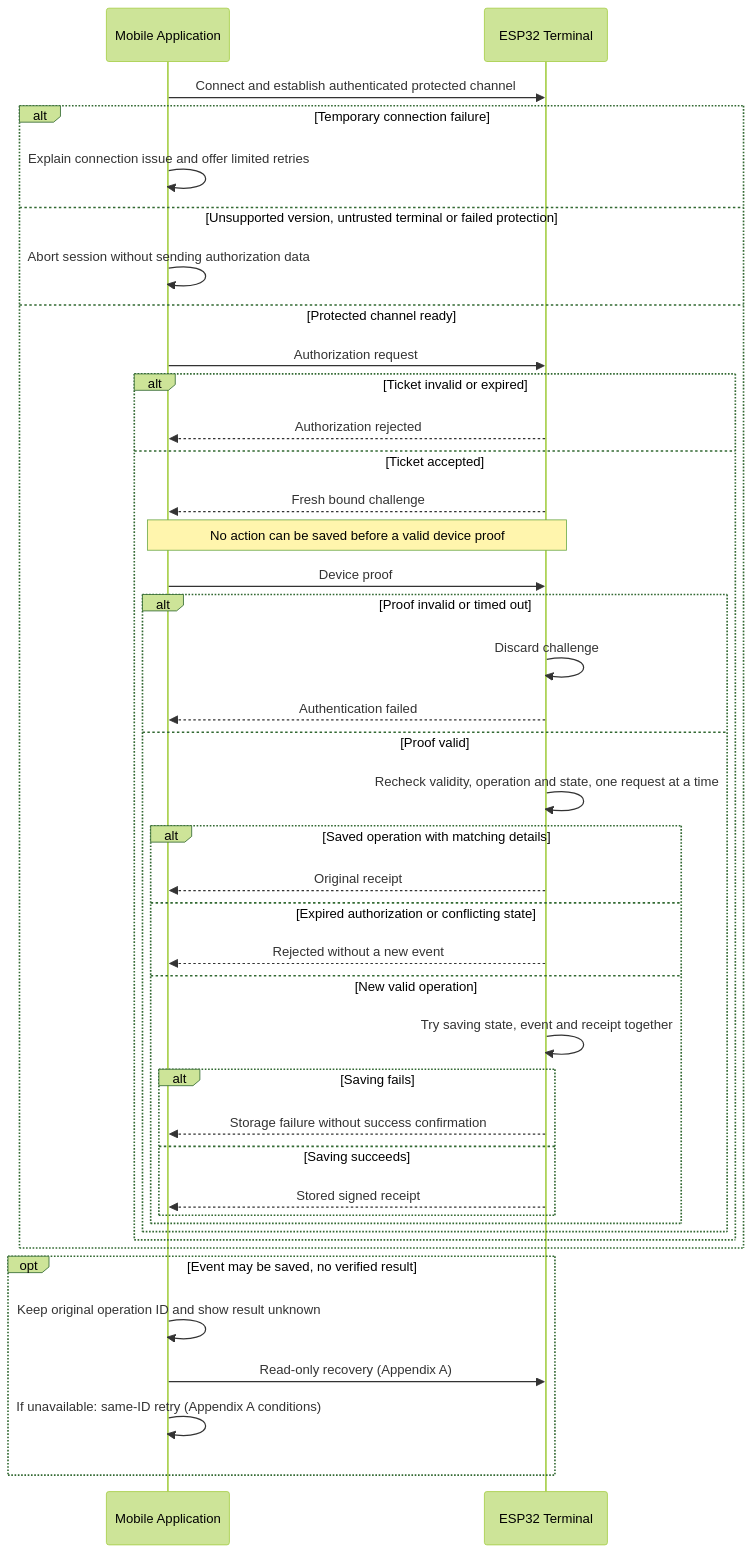
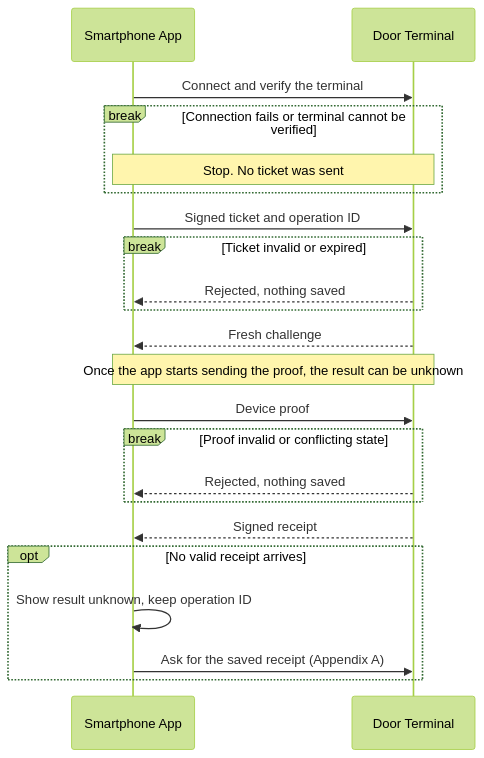
The second of 3 diagrams in docs/ble-communication-flow.md (thomas-sartini/ble-booking-system), drawn with Mermaid (forest theme) before and after one commit. The commit also changed other lines of this file, not shown here.

First line of the commit message:
docs(ble): simplify and align communication flow

````diff
--- a/docs/ble-communication-flow.md
+++ b/docs/ble-communication-flow.md
@@ -120,43 +102,24 @@
 ```mermaid
 sequenceDiagram
-    participant App as Mobile Application
-    participant T as ESP32 Terminal
-    App->>T: Connect and establish authenticated protected channel
-    alt Temporary connection failure
-        App->>App: Explain connection issue and offer limited retries
-    else Unsupported version, untrusted terminal or failed protection
-        App->>App: Abort session without sending authorization data
-    else Protected channel ready
-        App->>T: Authorization request
-        alt Ticket invalid or expired
-            T-->>App: Authorization rejected
-        else Ticket accepted
-            T-->>App: Fresh bound challenge
-            Note over App,T: No action can be saved before a valid device proof
-            App->>T: Device proof
-            alt Proof invalid or timed out
-                T->>T: Discard challenge
-                T-->>App: Authentication failed
-            else Proof valid
-                T->>T: Recheck validity, operation and state, one request at a time
-                alt Saved operation with matching details
-                    T-->>App: Original receipt
-                else Expired authorization or conflicting state
-                    T-->>App: Rejected without a new event
-                else New valid operation
-                    T->>T: Try saving state, event and receipt together
-                    alt Saving fails
-                        T-->>App: Storage failure without success confirmation
-                    else Saving succeeds
-                        T-->>App: Stored signed receipt
-                    end
-                end
-            end
-        end
+    participant App as Smartphone App
+    participant T as Door Terminal
+    App->>T: Connect and verify the terminal
+    break Connection fails or terminal cannot be verified
+        Note over App,T: Stop. No ticket was sent
     end
-    opt Event may be saved, no verified result
-        App->>App: Keep original operation ID and show result unknown
-        App->>T: Read-only recovery (Appendix A)
-        App->>App: If unavailable: same-ID retry (Appendix A conditions)
+    App->>T: Signed ticket and operation ID
+    break Ticket invalid or expired
+        T-->>App: Rejected, nothing saved
+    end
+    T-->>App: Fresh challenge
+    Note over App,T: Once the app starts sending the proof, the result can be unknown
+    App->>T: Device proof
+    break Proof invalid or conflicting state
+        T-->>App: Rejected, nothing saved
+    end
+    T-->>App: Signed receipt
+    opt No valid receipt arrives
+        App->>App: Show result unknown, keep operation ID
+        App->>T: Ask for the saved receipt (Appendix A)
     end
 ```
````
